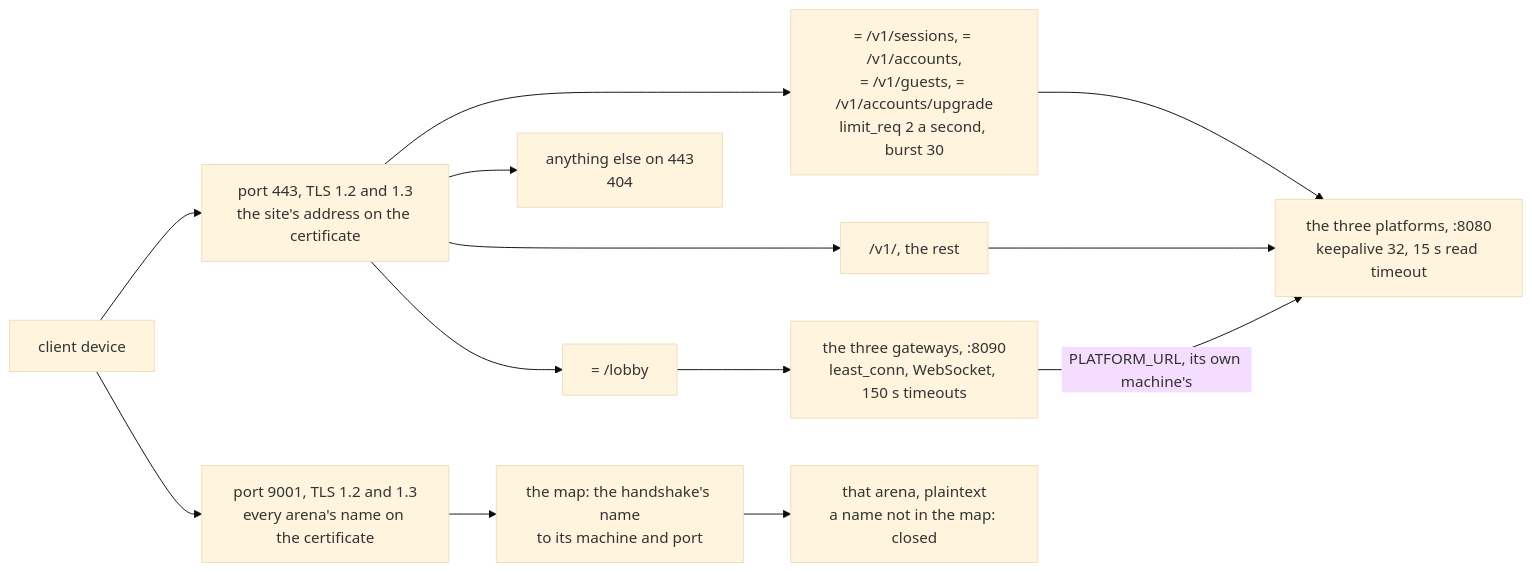
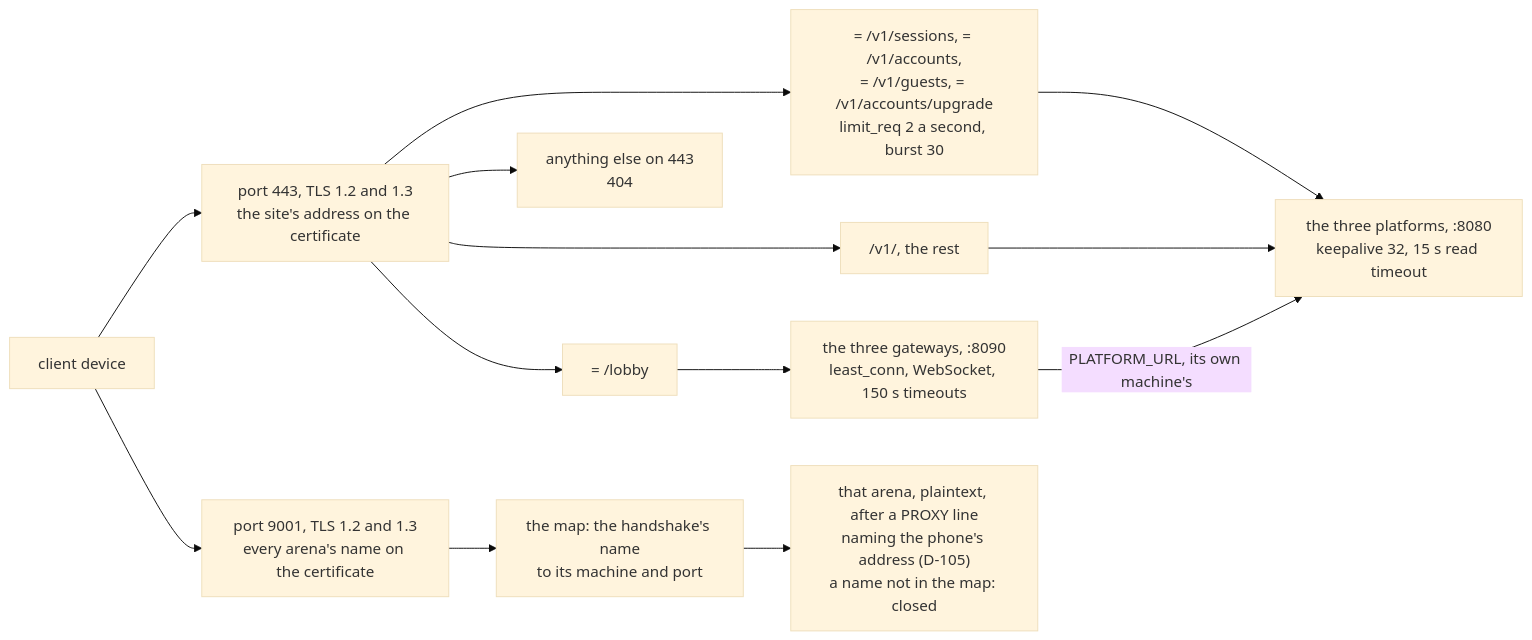
One commit to greensoft-atom/depio-simulation-platform changed the third of 9 diagrams in docs/diagrams/07-deploy-and-operations.md. Above: the diagram before and after it, drawn with Mermaid (base theme). The commit also changed other lines of this file and 3 other files, not shown here.

````diff
--- a/docs/diagrams/07-deploy-and-operations.md
+++ b/docs/diagrams/07-deploy-and-operations.md
@@ -124,26 +125,26 @@
 ```mermaid
 flowchart LR
     dev["client device"]
     p443["port 443, TLS 1.2 and 1.3<br/>the site's address on the certificate"]
     p9001["port 9001, TLS 1.2 and 1.3<br/>every arena's name on the certificate"]
     lobby["= /lobby"]
     auth["= /v1/sessions, = /v1/accounts,<br/>= /v1/guests, = /v1/accounts/upgrade<br/>limit_req 2 a second, burst 30"]
     v1["/v1/, the rest"]
     other["anything else on 443<br/>404"]
     gw["the three gateways, :8090<br/>least_conn, WebSocket, 150 s timeouts"]
     pf["the three platforms, :8080<br/>keepalive 32, 15 s read timeout"]
     map["the map: the handshake's name<br/>to its machine and port"]
-    arena["that arena, plaintext<br/>a name not in the map: closed"]
+    arena["that arena, plaintext, after a PROXY line<br/>naming the phone's address (D-105)<br/>a name not in the map: closed"]
     dev --> p443
     dev --> p9001
     p443 --> lobby
     p443 --> auth
     p443 --> v1
     p443 --> other
     lobby --> gw
     auth --> pf
     v1 --> pf
     gw -->|"PLATFORM_URL, its own machine's"| pf
     p9001 --> map
     map --> arena
 ```
````
